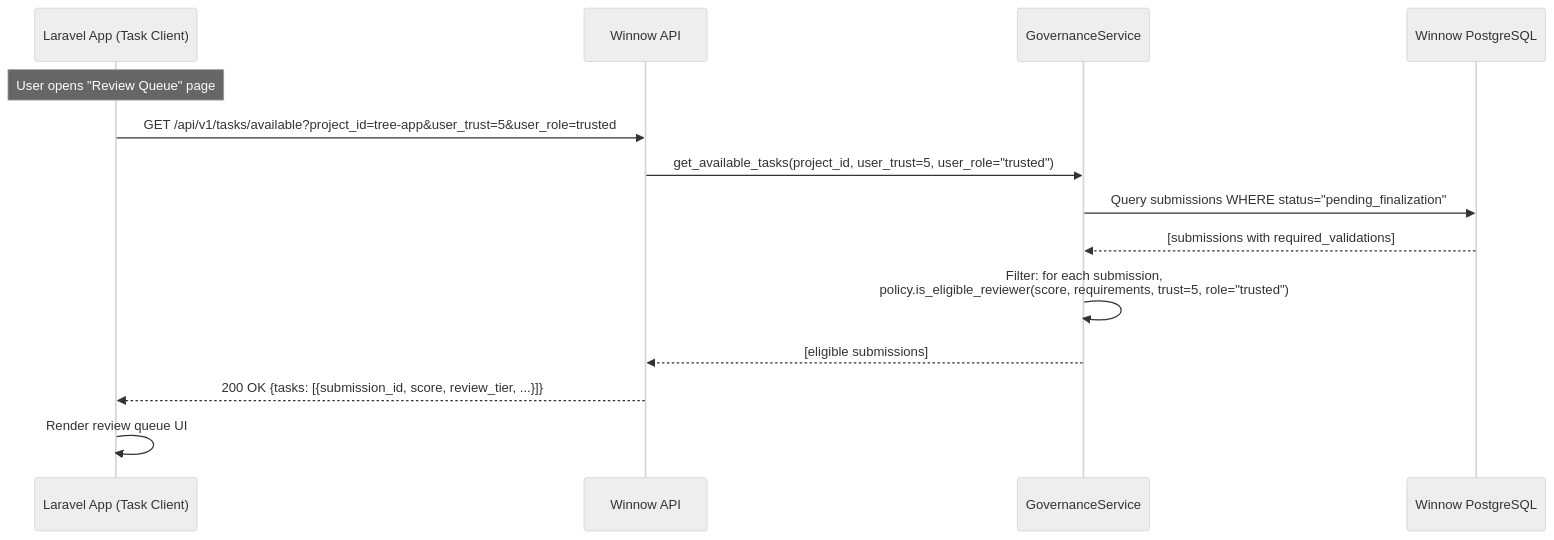
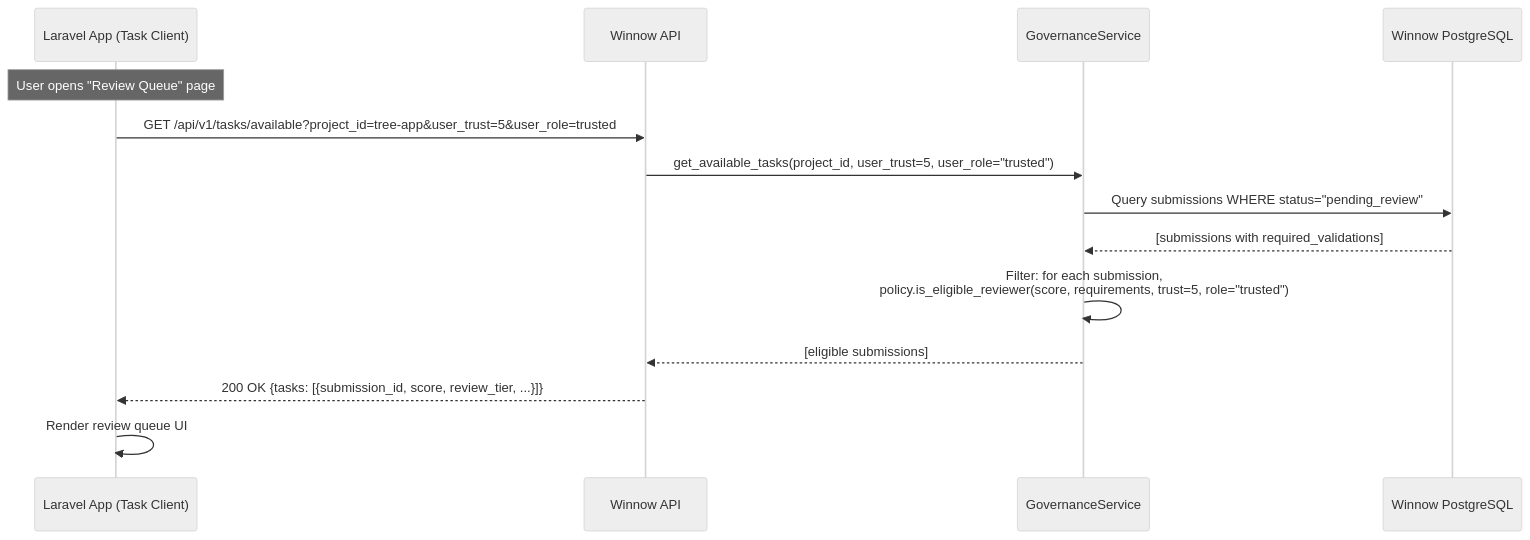
Before and after one commit to leyyce/winnow: the sixth of 8 diagrams in docs/architecture/02_architecture_patterns.md, drawn with Mermaid (neutral theme). The commit also changed other lines of this file and 5 other files, not shown here.

````diff
--- a/docs/architecture/02_architecture_patterns.md
+++ b/docs/architecture/02_architecture_patterns.md
@@ -574,20 +611,20 @@
 ```mermaid
 sequenceDiagram
     participant Laravel as Laravel App (Task Client)
     participant API as Winnow API
     participant GovService as GovernanceService
     participant DB as Winnow PostgreSQL
 
     Note over Laravel: User opens "Review Queue" page
     Laravel->>API: GET /api/v1/tasks/available?project_id=tree-app&user_trust=5&user_role=trusted
     API->>GovService: get_available_tasks(project_id, user_trust=5, user_role="trusted")
 
-    GovService->>DB: Query submissions WHERE status="pending_finalization"
+    GovService->>DB: Query submissions WHERE status="pending_review"
     DB-->>GovService: [submissions with required_validations]
 
     GovService->>GovService: Filter: for each submission,<br/>policy.is_eligible_reviewer(score, requirements, trust=5, role="trusted")
 
     GovService-->>API: [eligible submissions]
     API-->>Laravel: 200 OK {tasks: [{submission_id, score, review_tier, ...}]}
     Laravel->>Laravel: Render review queue UI
 ```
````
